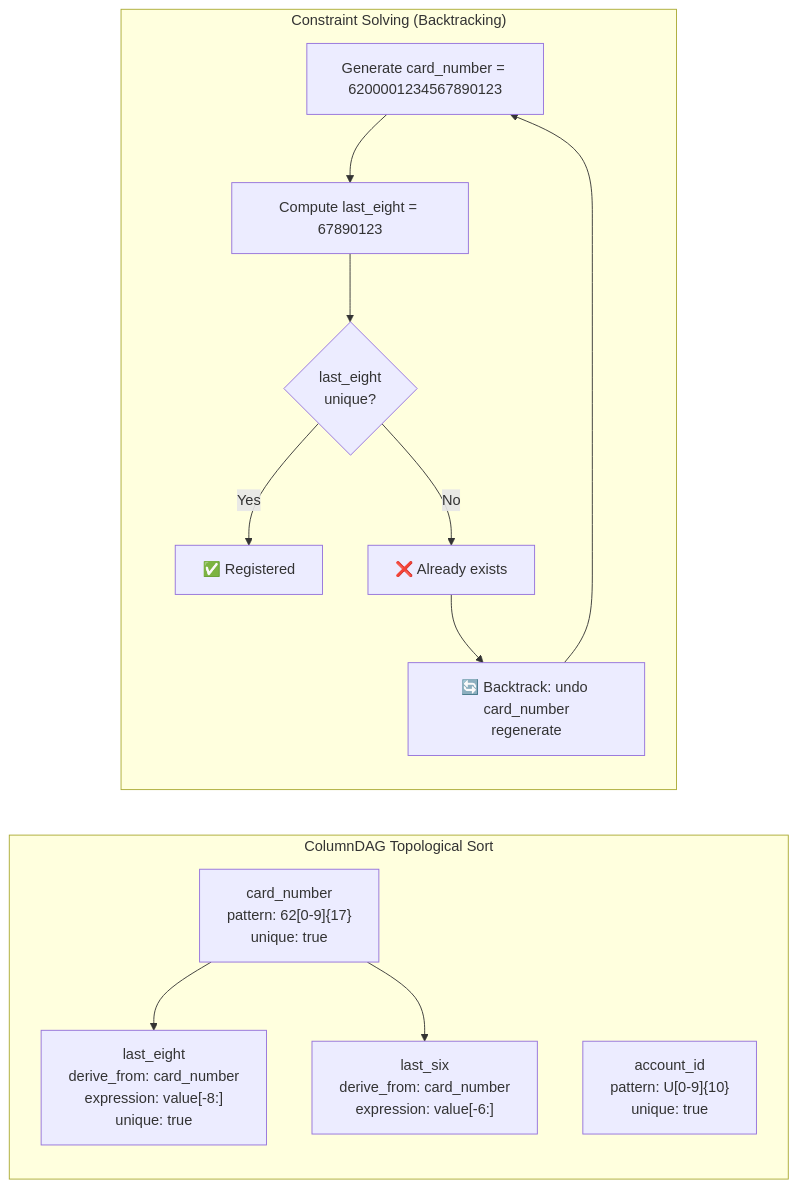
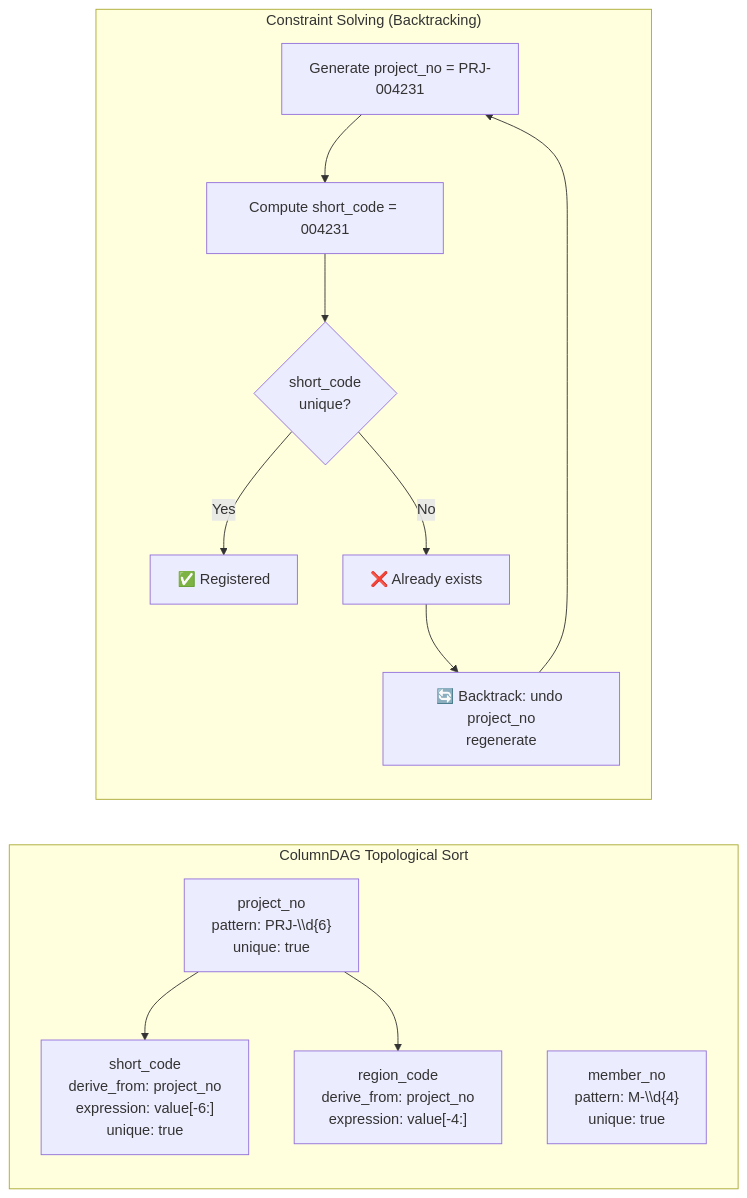
One commit to sunbos/sqlseed changed the sixth of 10 diagrams in docs/architecture.md. Above: the diagram before and after it, drawn with Mermaid. The commit also changed other lines of this file and 5 other files, not shown here.

First line of the commit message:
docs: update changelog, architecture, README, and notebook tutorials

````diff
--- a/docs/architecture.md
+++ b/docs/architecture.md
@@ -391,26 +392,26 @@
 ```mermaid
 flowchart LR
     subgraph DAG["ColumnDAG Topological Sort"]
-        card_number["card_number<br/>pattern: 62[0-9]{17}<br/>unique: true"]
-        CutCard4["last_eight<br/>derive_from: card_number<br/>expression: value[-8:]<br/>unique: true"]
-        CutCard3["last_six<br/>derive_from: card_number<br/>expression: value[-6:]"]
-        account_id["account_id<br/>pattern: U[0-9]{10}<br/>unique: true"]
+        project_no["project_no<br/>pattern: PRJ-\\d{6}<br/>unique: true"]
+        short_code_node["short_code<br/>derive_from: project_no<br/>expression: value[-6:]<br/>unique: true"]
+        region_code["region_code<br/>derive_from: project_no<br/>expression: value[-4:]"]
+        member_no["member_no<br/>pattern: M-\\d{4}<br/>unique: true"]
     end
 
-    card_number --> CutCard4
-    card_number --> CutCard3
+    project_no --> short_code_node
+    project_no --> region_code
 
     subgraph Backtrack["Constraint Solving (Backtracking)"]
         direction TB
-        Gen1["Generate card_number = 6200001234567890123"]
-        Derive1["Compute last_eight = 67890123"]
-        Check1{"last_eight<br/>unique?"}
+        Gen1["Generate project_no = PRJ-004231"]
+        Derive1["Compute short_code = 004231"]
+        Check1{"short_code<br/>unique?"}
         Success["✅ Registered"]
         Fail["❌ Already exists"]
-        BT["🔄 Backtrack: undo card_number<br/>regenerate"]
+        BT["🔄 Backtrack: undo project_no<br/>regenerate"]
 
         Gen1 --> Derive1 --> Check1
         Check1 -->|Yes| Success
         Check1 -->|No| Fail --> BT --> Gen1
     end
 ```
````
